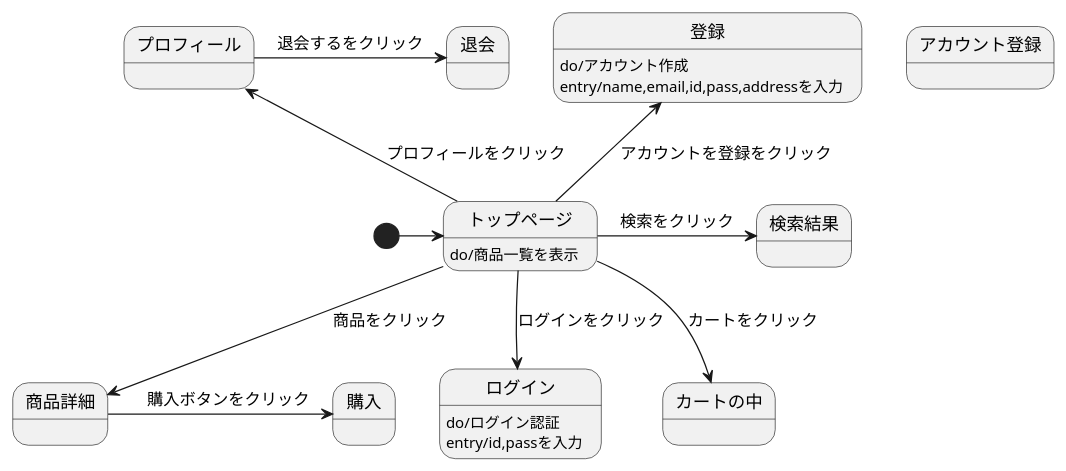
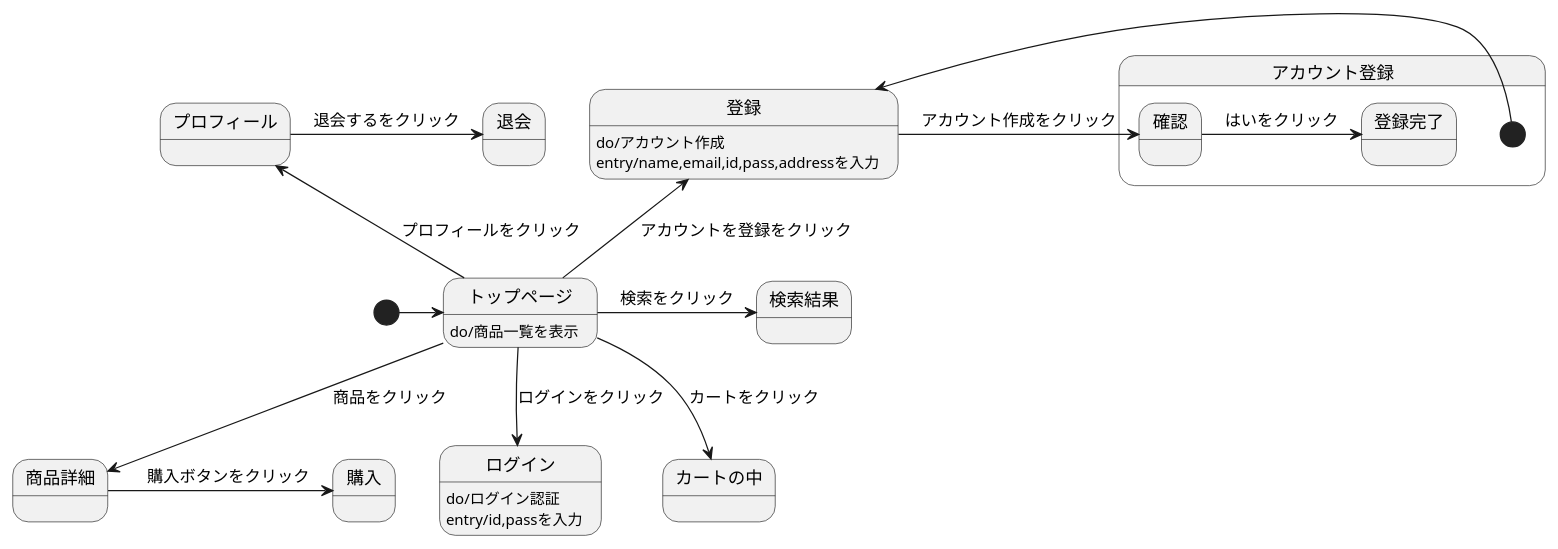
One commit to Aso2001159/2021sys-design changed the diagram in stm01.md. Above: the diagram before and after it, drawn with PlantUML.

````diff
--- a/stm01.md
+++ b/stm01.md
@@ -1,23 +1,25 @@
 ```uml
 
 @startuml
 [*]->トップページ
 トップページ : do/商品一覧を表示
 トップページ-->商品詳細 : 商品をクリック
   商品詳細->購入 :　購入ボタンをクリック
 トップページ-down->ログイン :ログインをクリック
   ログイン : do/ログイン認証
   ログイン : entry/id,passを入力
 トップページ-->カートの中 :カートをクリック
 トップページ-up->登録 :アカウントを登録をクリック
 state アカウント登録{
+[*]-> 登録 
   登録 : do/アカウント作成
   登録 : entry/name,email,id,pass,addressを入力
-  
+  登録 ->確認: アカウント作成をクリック
+  確認 -> 登録完了: はいをクリック
   }
 トップページ->検索結果 :検索をクリック
 トップページ-up->プロフィール :プロフィールをクリック
   プロフィール->退会 :退会するをクリック
 @enduml
 
 ```
````
